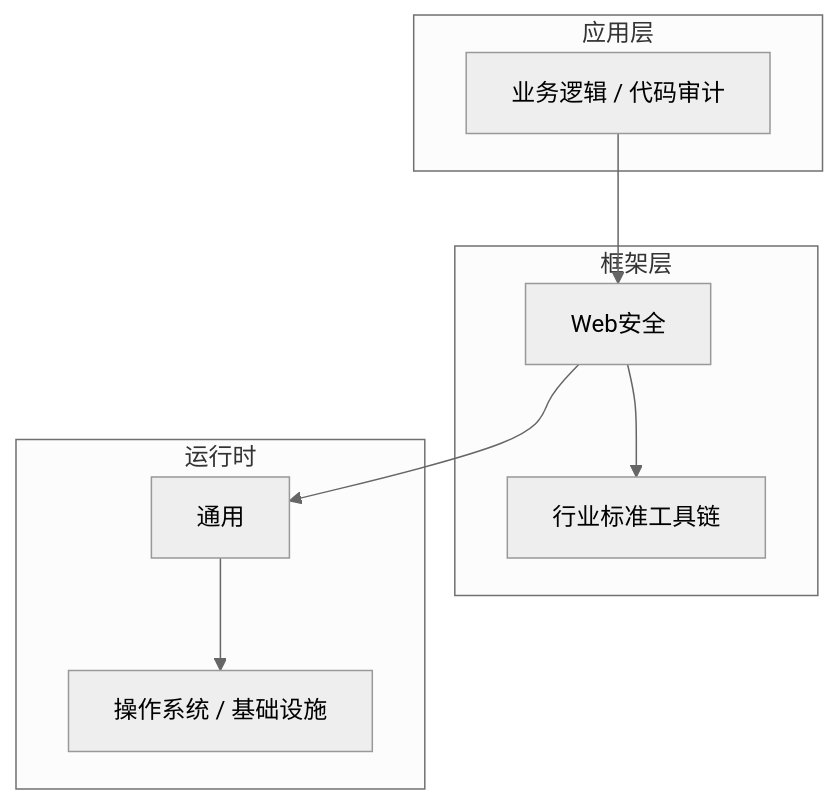
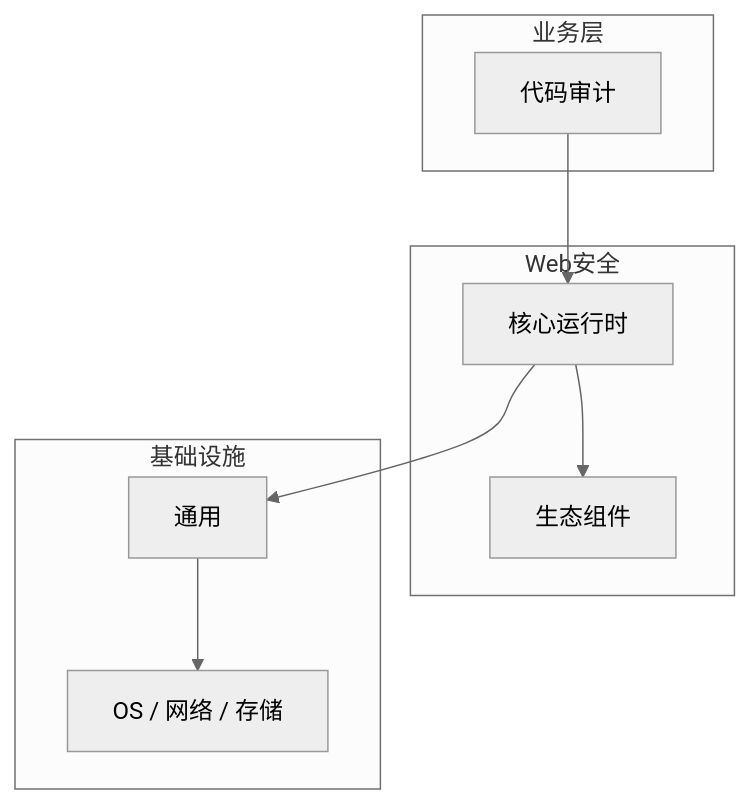
One commit to yanggan2015/knowledge-json-v2 changed the diagram in articles/Web安全/chapters/106-代码审计核心概念与原理.md. Above: the diagram before and after it, drawn with Mermaid (neutral theme). The commit also changed other lines of this file and 10127 other files, not shown here.

````diff
--- a/articles/Web安全/chapters/106-代码审计核心概念与原理.md
+++ b/articles/Web安全/chapters/106-代码审计核心概念与原理.md
@@ -46,18 +31,18 @@
 ```mermaid
 graph TB
-    subgraph 应用层
-        A[业务逻辑 / 代码审计]
+    subgraph 业务层
+        A[代码审计]
     end
-    subgraph 框架层
-        B[Web安全]
-        C[行业标准工具链]
+    subgraph Web安全
+        B[核心运行时]
+        C[生态组件]
     end
-    subgraph 运行时
+    subgraph 基础设施
         D[通用]
-        E[操作系统 / 基础设施]
+        E[OS / 网络 / 存储]
     end
     A --> B
     B --> C
     B --> D
     D --> E
 ```
````
